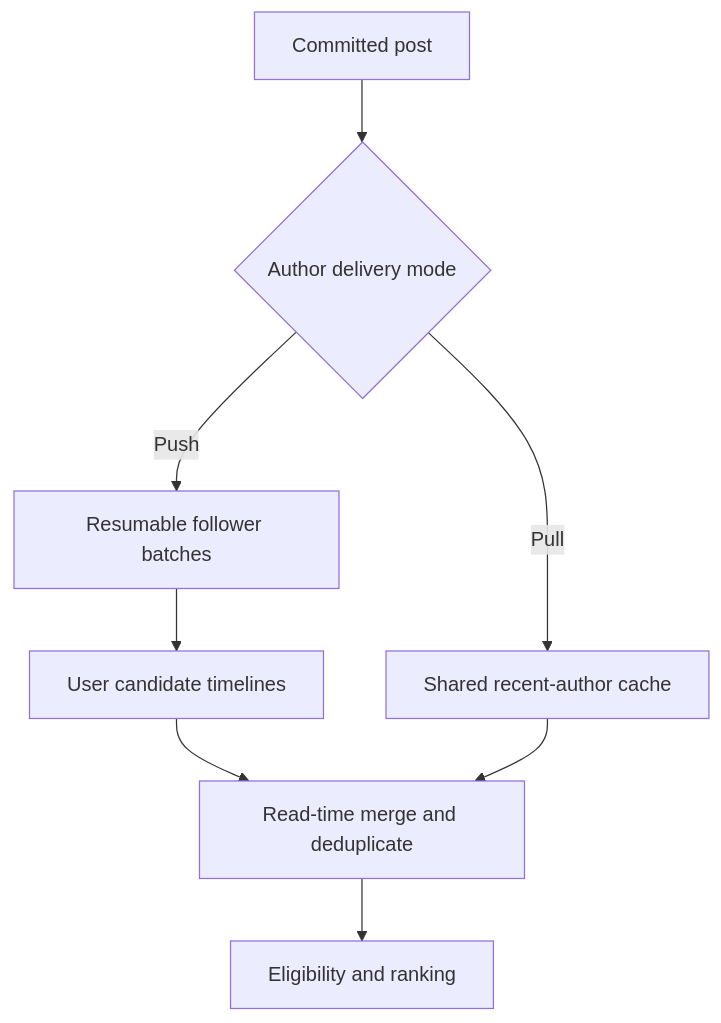
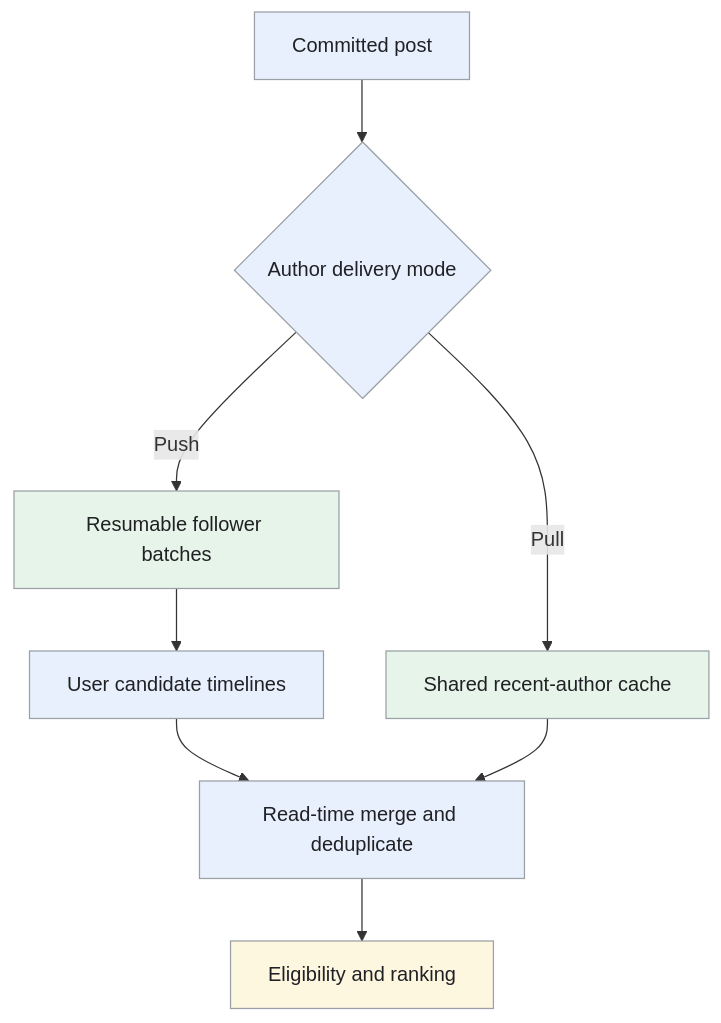
The third of 4 diagrams in _designs/system-design-news-feed.md (iliazlobin/iliazlobin.github.io), drawn with Mermaid before and after one commit. The commit also changed other lines of this file and 20 other files, not shown here.

Commit message:
Improve design flows, tradeoffs, and technology references

````diff
--- a/_designs/system-design-news-feed.md
+++ b/_designs/system-design-news-feed.md
@@ -254,10 +292,16 @@
 ```mermaid
 flowchart TB
   P["Committed post"] --> C{"Author delivery mode"}
   C -->|"Push"| B["Resumable follower batches"]
   B --> T["User candidate timelines"]
   C -->|"Pull"| A["Shared recent-author cache"]
   T --> M["Read-time merge and deduplicate"]
   A --> M
   M --> R["Eligibility and ranking"]
+  classDef request fill:#e8f0fe,stroke:#9aa0a6,color:#202124,stroke-width:1px
+  classDef background fill:#e6f4ea,stroke:#9aa0a6,color:#202124,stroke-width:1px
+  classDef control fill:#fef7e0,stroke:#9aa0a6,color:#202124,stroke-width:1px
+  class P,C,T,M request
+  class B,A background
+  class R control
 ```
````
